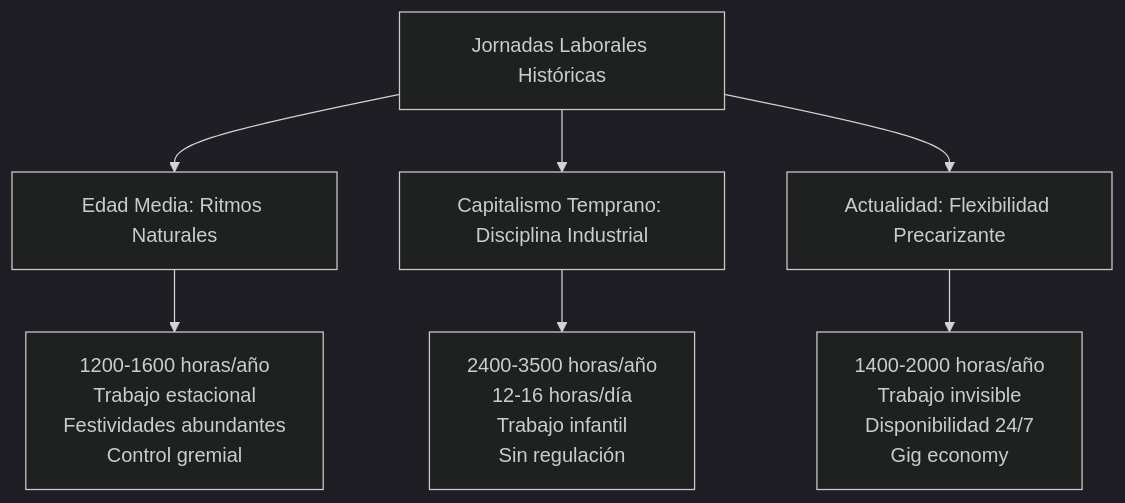
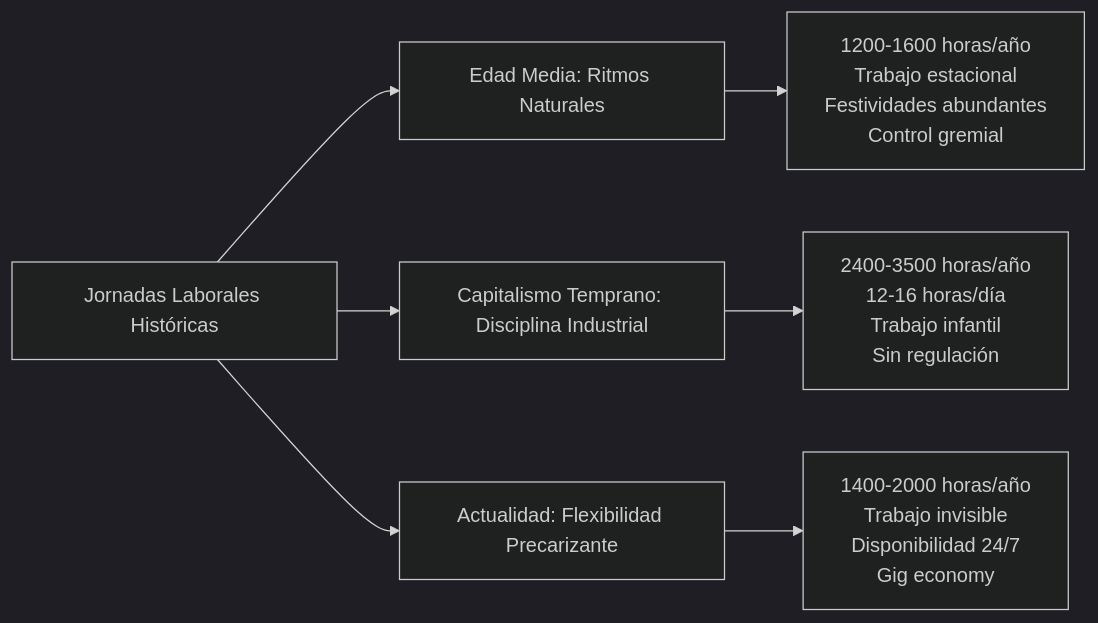
One commit to perpetuocambio/annotations changed diagram 12 of 21 in sociologia/rights_comparison_table.md. Above: the diagram before and after it, drawn with Mermaid (dark theme). The commit also changed other lines of this file, not shown here.

````diff
--- a/sociologia/rights_comparison_table.md
+++ b/sociologia/rights_comparison_table.md
@@ -358,12 +358,12 @@
 ```mermaid
-graph TD
+graph LR
     A[Jornadas Laborales Históricas] --> B[Edad Media: Ritmos Naturales]
     A --> C[Capitalismo Temprano: Disciplina Industrial]
     A --> D[Actualidad: Flexibilidad Precarizante]
     
     B --> B1["1200-1600 horas/año<br/>Trabajo estacional<br/>Festividades abundantes<br/>Control gremial"]
     
     C --> C1["2400-3500 horas/año<br/>12-16 horas/día<br/>Trabajo infantil<br/>Sin regulación"]
     
     D --> D1["1400-2000 horas/año<br/>Trabajo invisible<br/>Disponibilidad 24/7<br/>Gig economy"]
 ```
````
